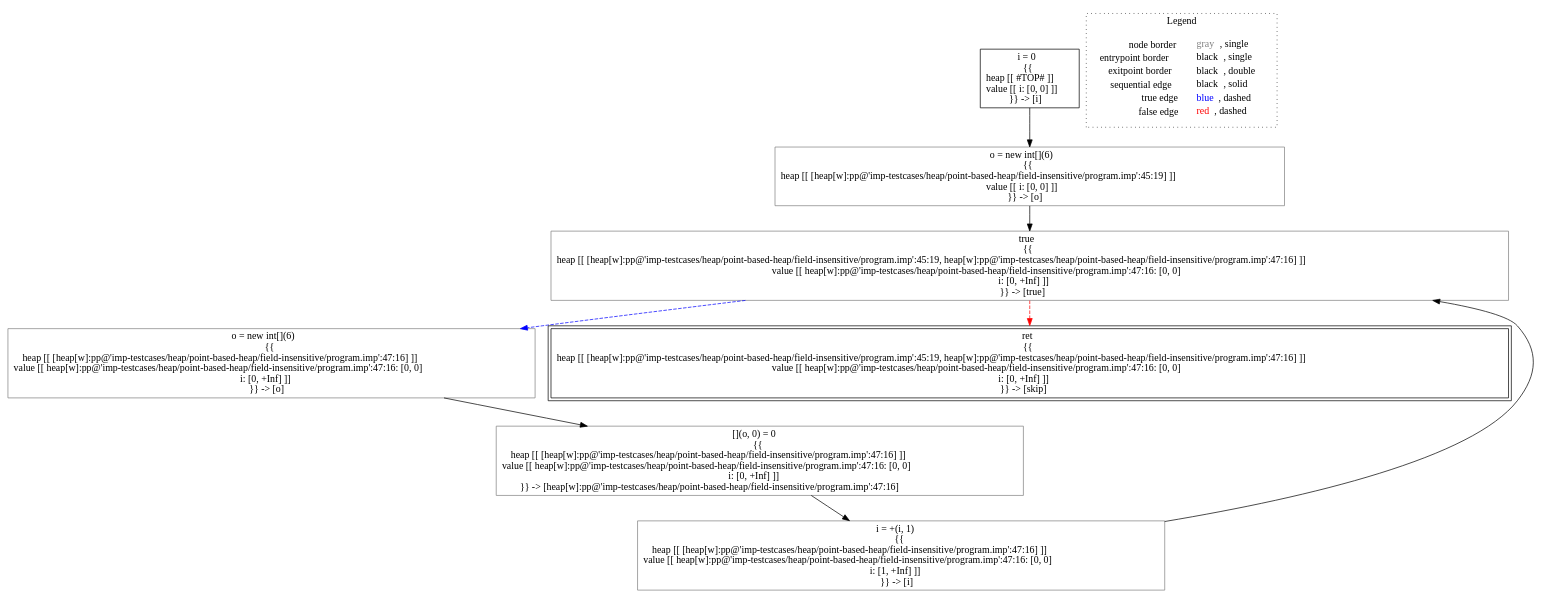
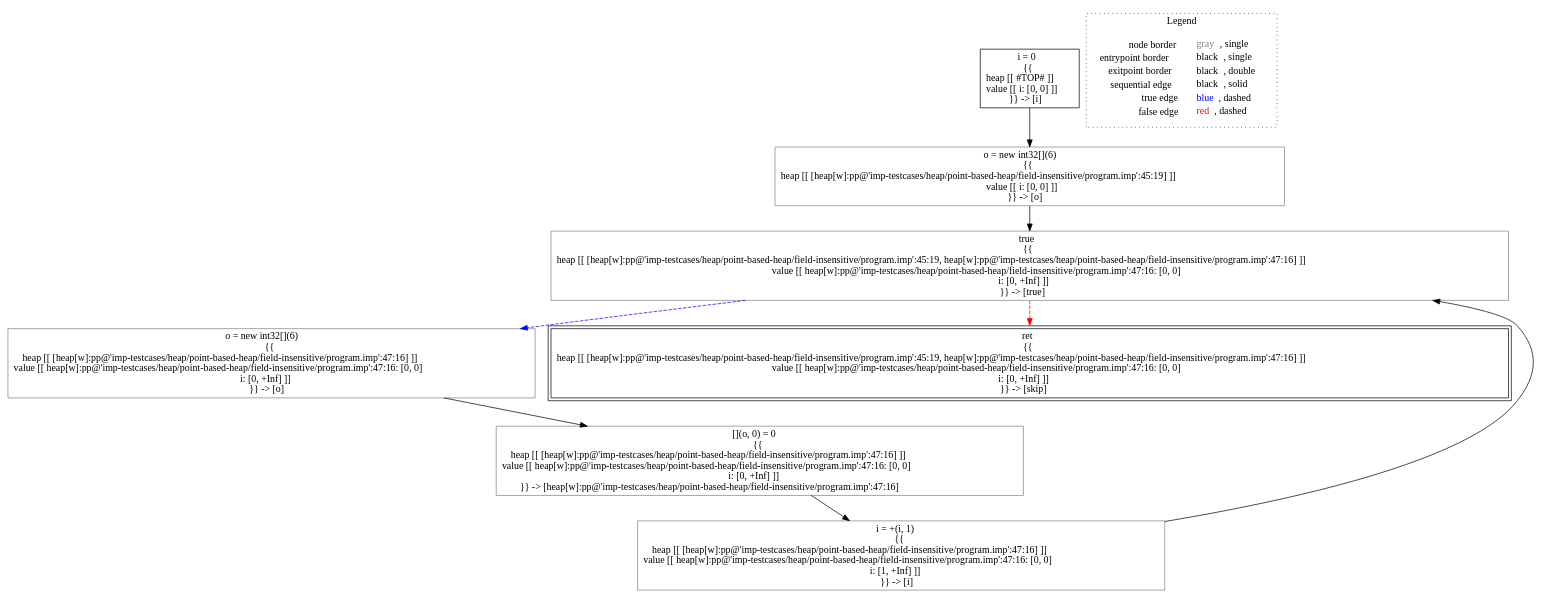
The diagram in lisa/lisa-core/imp-testcases/heap/point-based-heap/field-insensitive/analysis___untyped_A.f5(A_this).dot (lisa-analyzer/lisa), drawn with Graphviz before and after one commit. The commit also changed 17 other files, not shown here.

```diff
--- a/lisa/lisa-core/imp-testcases/heap/point-based-heap/field-insensitive/analysis___untyped_A.f5(A_this).dot
+++ b/lisa/lisa-core/imp-testcases/heap/point-based-heap/field-insensitive/analysis___untyped_A.f5(A_this).dot
@@ -1,23 +1,23 @@
 digraph {
 	"node0" [shape="rect",color="black",label=<i = 0<BR/>{{<BR/>heap [[ #TOP# ]]<BR/>value [[ i: [0, 0] ]]<BR/>}} -&gt; [i]>];
 	"node1" [shape="rect",color="gray",label=<true<BR/>{{<BR/>heap [[ [heap[w]:pp@'imp-testcases/heap/point-based-heap/field-insensitive/program.imp':45:19, heap[w]:pp@'imp-testcases/heap/point-based-heap/field-insensitive/program.imp':47:16] ]]<BR/>value [[ heap[w]:pp@'imp-testcases/heap/point-based-heap/field-insensitive/program.imp':47:16: [0, 0]<BR/>i: [0, +Inf] ]]<BR/>}} -&gt; [true]>];
-	"node2" [shape="rect",color="gray",label=<o = new int[](6)<BR/>{{<BR/>heap [[ [heap[w]:pp@'imp-testcases/heap/point-based-heap/field-insensitive/program.imp':47:16] ]]<BR/>value [[ heap[w]:pp@'imp-testcases/heap/point-based-heap/field-insensitive/program.imp':47:16: [0, 0]<BR/>i: [0, +Inf] ]]<BR/>}} -&gt; [o]>];
+	"node2" [shape="rect",color="gray",label=<o = new int32[](6)<BR/>{{<BR/>heap [[ [heap[w]:pp@'imp-testcases/heap/point-based-heap/field-insensitive/program.imp':47:16] ]]<BR/>value [[ heap[w]:pp@'imp-testcases/heap/point-based-heap/field-insensitive/program.imp':47:16: [0, 0]<BR/>i: [0, +Inf] ]]<BR/>}} -&gt; [o]>];
 	"node3" [shape="rect",color="black",peripheries="2",label=<ret<BR/>{{<BR/>heap [[ [heap[w]:pp@'imp-testcases/heap/point-based-heap/field-insensitive/program.imp':45:19, heap[w]:pp@'imp-testcases/heap/point-based-heap/field-insensitive/program.imp':47:16] ]]<BR/>value [[ heap[w]:pp@'imp-testcases/heap/point-based-heap/field-insensitive/program.imp':47:16: [0, 0]<BR/>i: [0, +Inf] ]]<BR/>}} -&gt; [skip]>];
 	"node4" [shape="rect",color="gray",label=<i = +(i, 1)<BR/>{{<BR/>heap [[ [heap[w]:pp@'imp-testcases/heap/point-based-heap/field-insensitive/program.imp':47:16] ]]<BR/>value [[ heap[w]:pp@'imp-testcases/heap/point-based-heap/field-insensitive/program.imp':47:16: [0, 0]<BR/>i: [1, +Inf] ]]<BR/>}} -&gt; [i]>];
 	"node5" [shape="rect",color="gray",label=<[](o, 0) = 0<BR/>{{<BR/>heap [[ [heap[w]:pp@'imp-testcases/heap/point-based-heap/field-insensitive/program.imp':47:16] ]]<BR/>value [[ heap[w]:pp@'imp-testcases/heap/point-based-heap/field-insensitive/program.imp':47:16: [0, 0]<BR/>i: [0, +Inf] ]]<BR/>}} -&gt; [heap[w]:pp@'imp-testcases/heap/point-based-heap/field-insensitive/program.imp':47:16]>];
-	"node6" [shape="rect",color="gray",label=<o = new int[](6)<BR/>{{<BR/>heap [[ [heap[w]:pp@'imp-testcases/heap/point-based-heap/field-insensitive/program.imp':45:19] ]]<BR/>value [[ i: [0, 0] ]]<BR/>}} -&gt; [o]>];
+	"node6" [shape="rect",color="gray",label=<o = new int32[](6)<BR/>{{<BR/>heap [[ [heap[w]:pp@'imp-testcases/heap/point-based-heap/field-insensitive/program.imp':45:19] ]]<BR/>value [[ i: [0, 0] ]]<BR/>}} -&gt; [o]>];
 	"node1" -> "node2" [color="blue",style="dashed"];
 	"node1" -> "node3" [color="red",style="dashed"];
 	"node2" -> "node5" [color="black"];
 	"node0" -> "node6" [color="black"];
 	"node4" -> "node1" [color="black"];
 	"node5" -> "node4" [color="black"];
 	"node6" -> "node1" [color="black"];
 subgraph cluster_legend {
 	label="Legend";
 	style=dotted;
 	node [shape=plaintext];
 	"legend" [label=<<table border="0" cellpadding="2" cellspacing="0" cellborder="0"><tr><td align="right">node border&nbsp;</td><td align="left"><font color="gray">gray</font>, single</td></tr><tr><td align="right">entrypoint border&nbsp;</td><td align="left"><font color="black">black</font>, single</td></tr><tr><td align="right">exitpoint border&nbsp;</td><td align="left"><font color="black">black</font>, double</td></tr><tr><td align="right">sequential edge&nbsp;</td><td align="left"><font color="black">black</font>, solid</td></tr><tr><td align="right">true edge&nbsp;</td><td align="left"><font color="blue">blue</font>, dashed</td></tr><tr><td align="right">false edge&nbsp;</td><td align="left"><font color="red">red</font>, dashed</td></tr></table>>];
 }
 
 }
```
